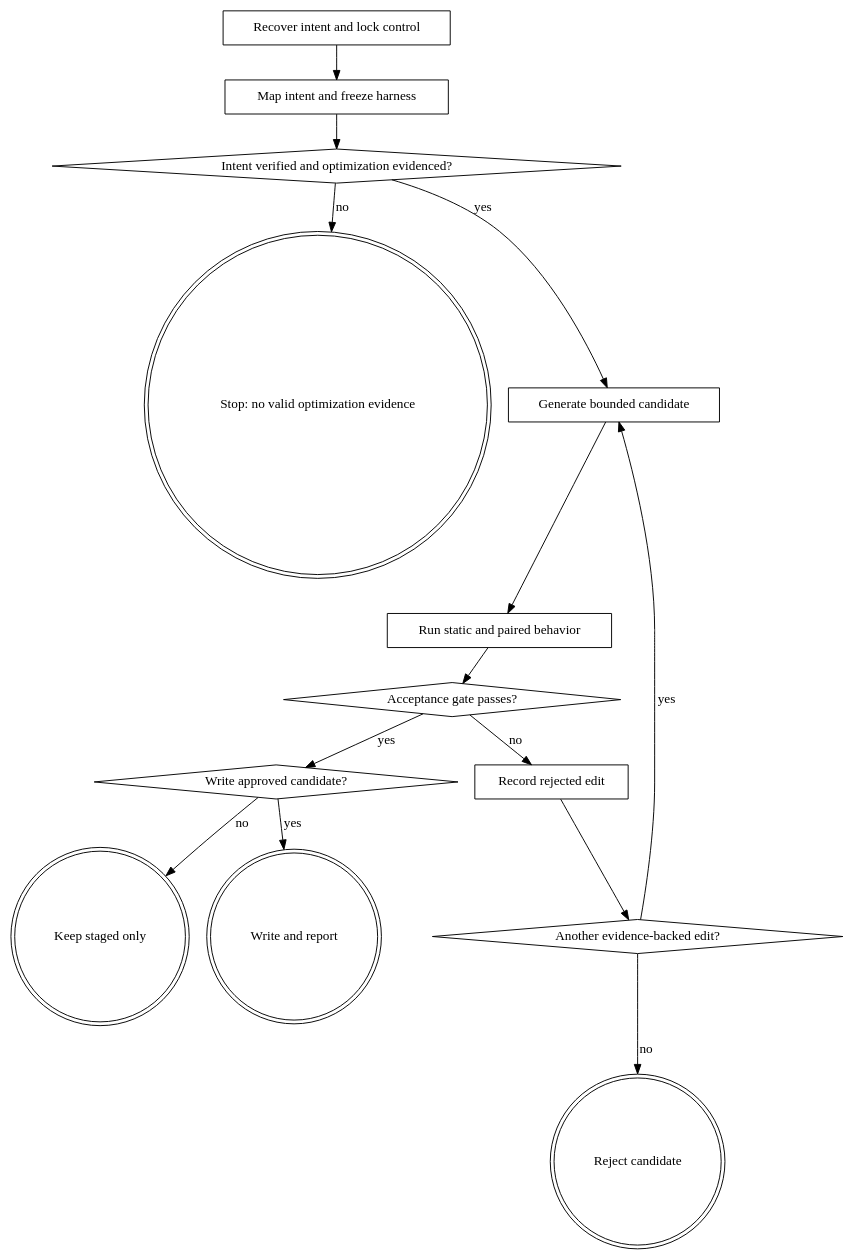
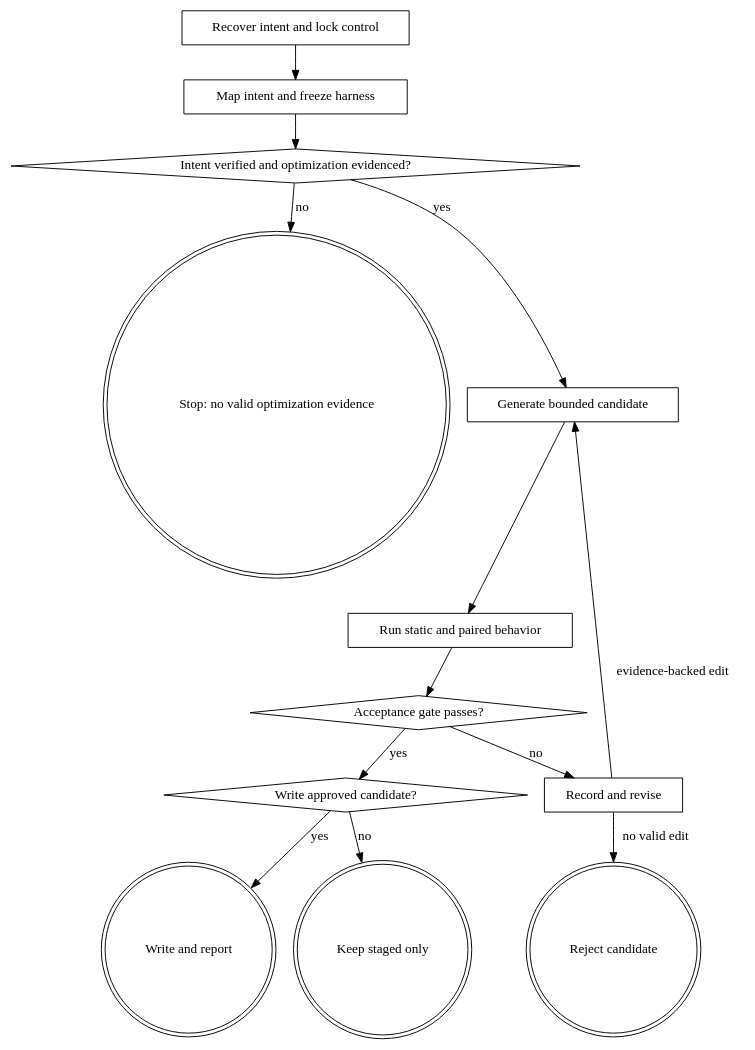
The diagram in wayne-skill-optimize/SKILL.md (waynejing995/wayne-taste), drawn with Graphviz before and after one commit. The commit also changed other lines of this file and 11 other files, not shown here.

````diff
--- a/wayne-skill-optimize/SKILL.md
+++ b/wayne-skill-optimize/SKILL.md
@@ -24,32 +21,30 @@
 ```dot
 digraph skill_optimize {
     rankdir=TB;
     A [label="Recover intent and lock control", shape=box];
     B [label="Map intent and freeze harness", shape=box];
     C [label="Intent verified and optimization evidenced?", shape=diamond];
     X [label="Stop: no valid optimization evidence", shape=doublecircle];
     D [label="Generate bounded candidate", shape=box];
     E [label="Run static and paired behavior", shape=box];
     F [label="Acceptance gate passes?", shape=diamond];
-    R [label="Record rejected edit", shape=box];
-    H [label="Another evidence-backed edit?", shape=diamond];
+    R [label="Record and revise", shape=box];
     J [label="Reject candidate", shape=doublecircle];
     G [label="Write approved candidate?", shape=diamond];
     W [label="Write and report", shape=doublecircle];
     S [label="Keep staged only", shape=doublecircle];
 
     A -> B;
     B -> C;
     C -> X [label="no"];
     C -> D [label="yes"];
     D -> E;
     E -> F;
     F -> G [label="yes"];
     F -> R [label="no"];
-    R -> H;
-    H -> D [label="yes"];
-    H -> J [label="no"];
+    R -> D [label="evidence-backed edit"];
+    R -> J [label="no valid edit"];
     G -> W [label="yes"];
     G -> S [label="no"];
 }
 ```
````
